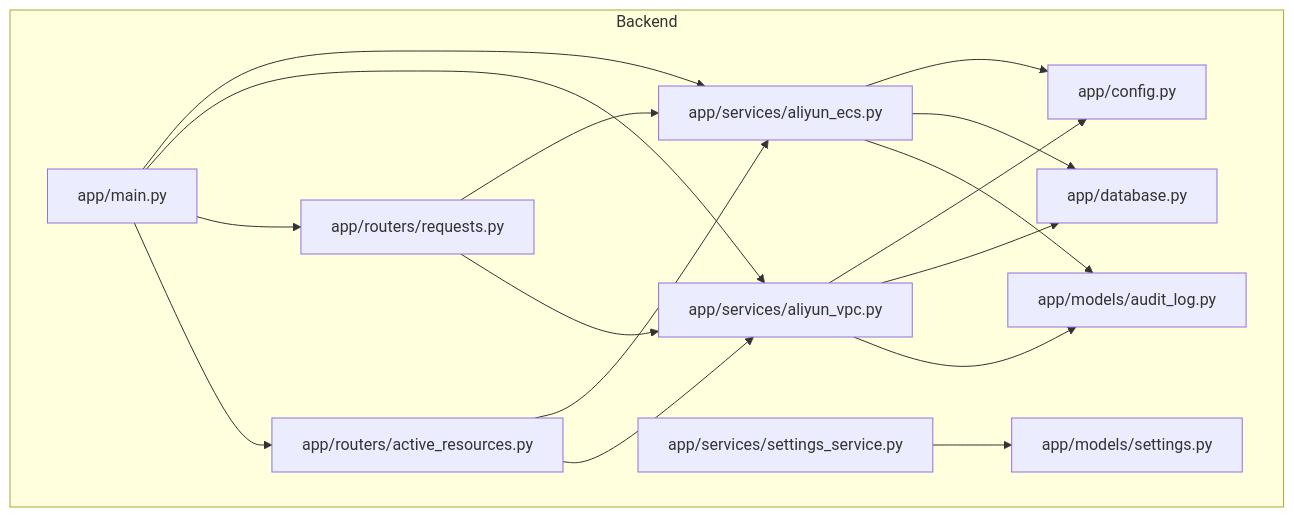
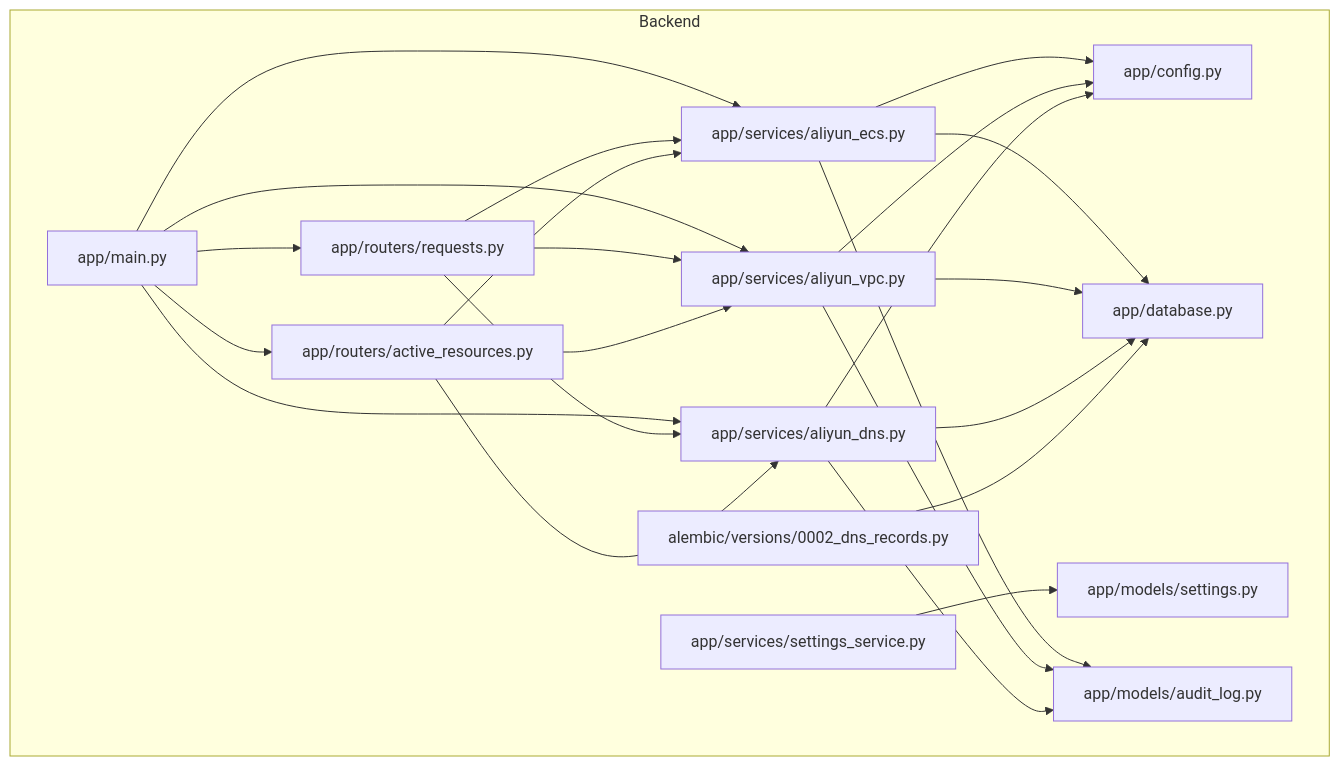
The first of 6 diagrams in .qoder/repowiki/en/content/System Architecture/Backend Architecture/Service Layer Architecture/Cloud Services (ECS & VPC).md (14Lucifer/hackathon_ecs_creator), drawn with Mermaid before and after one commit. The commit also changed other lines of this file and 92 other files, not shown here.

````diff
--- a/.qoder/repowiki/en/content/System Architecture/Backend Architecture/Service Layer Architecture/Cloud Services (ECS & VPC).md
+++ b/.qoder/repowiki/en/content/System Architecture/Backend Architecture/Service Layer Architecture/Cloud Services (ECS & VPC).md
@@ -37,30 +49,39 @@
 ```mermaid
 graph TB
 subgraph "Backend"
 A["app/main.py"]
 B["app/config.py"]
 C["app/database.py"]
 D["app/services/aliyun_ecs.py"]
 E["app/services/aliyun_vpc.py"]
-F["app/routers/requests.py"]
-G["app/routers/active_resources.py"]
-H["app/services/settings_service.py"]
-I["app/models/settings.py"]
-J["app/models/audit_log.py"]
+F["app/services/aliyun_dns.py"]
+G["app/routers/requests.py"]
+H["app/routers/active_resources.py"]
+I["app/services/settings_service.py"]
+J["app/models/settings.py"]
+K["app/models/audit_log.py"]
+L["alembic/versions/0002_dns_records.py"]
 end
 A --> D
 A --> E
 A --> F
 A --> G
+A --> H
 D --> B
 E --> B
+F --> B
 D --> C
 E --> C
-F --> D
-F --> E
+F --> C
 G --> D
 G --> E
-H --> I
-D --> J
-E --> J
+G --> F
+H --> D
+H --> E
+H --> F
+I --> J
+D --> K
+E --> K
+F --> K
+L --> C
 ```
````
